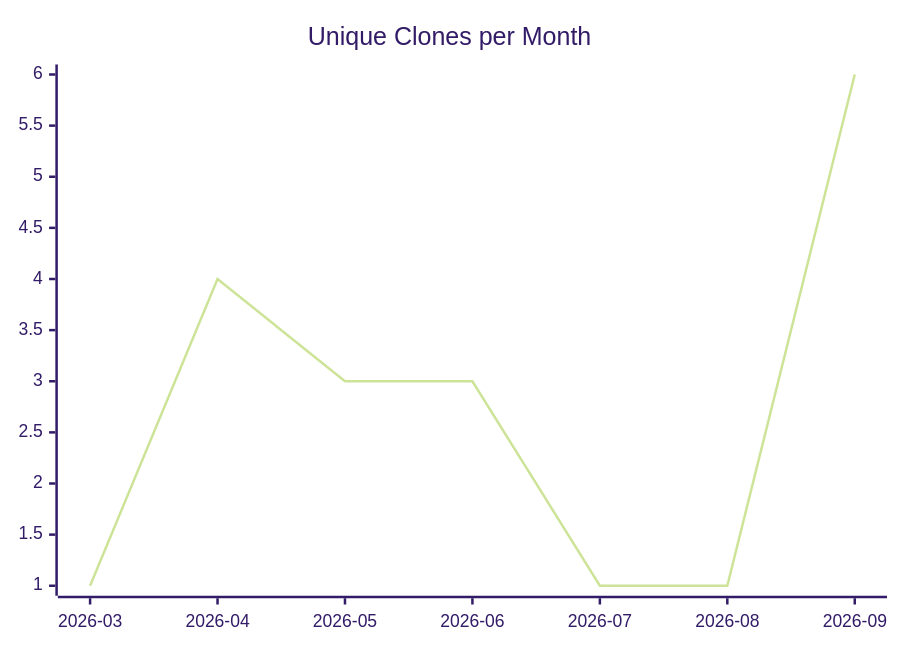
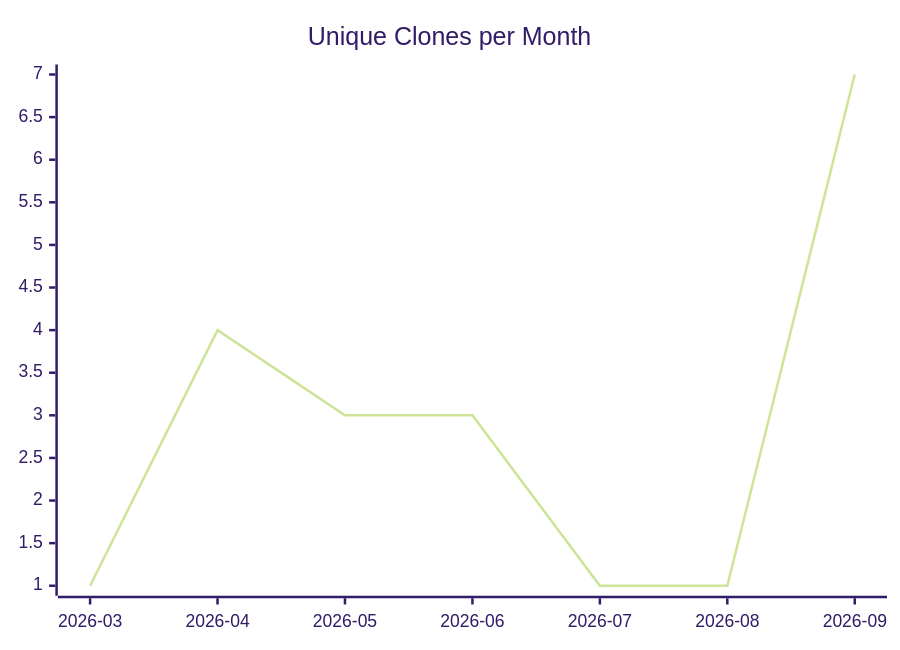
Before and after one commit to justdavis-family/github-analytics-data: the third of 3 diagrams in karlmdavis/FHIR-Server/README.md, drawn with Mermaid (forest theme). The commit also changed other lines of this file and 200 other files, not shown here.

````diff
--- a/karlmdavis/FHIR-Server/README.md
+++ b/karlmdavis/FHIR-Server/README.md
@@ -19,6 +19,6 @@
 ```mermaid
 xychart-beta
   title "Unique Clones per Month"
   x-axis ["2026-03", "2026-04", "2026-05", "2026-06", "2026-07", "2026-08", "2026-09"]
-  line [1, 4, 3, 3, 1, 1, 6]
+  line [1, 4, 3, 3, 1, 1, 7]
 ```
````
